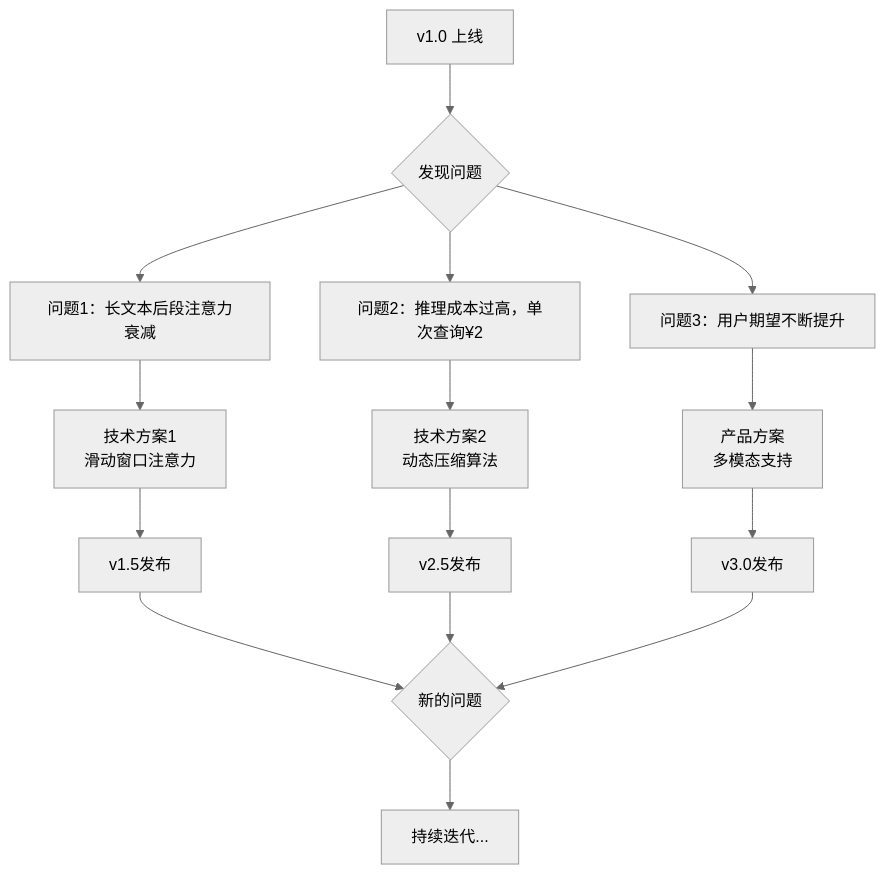
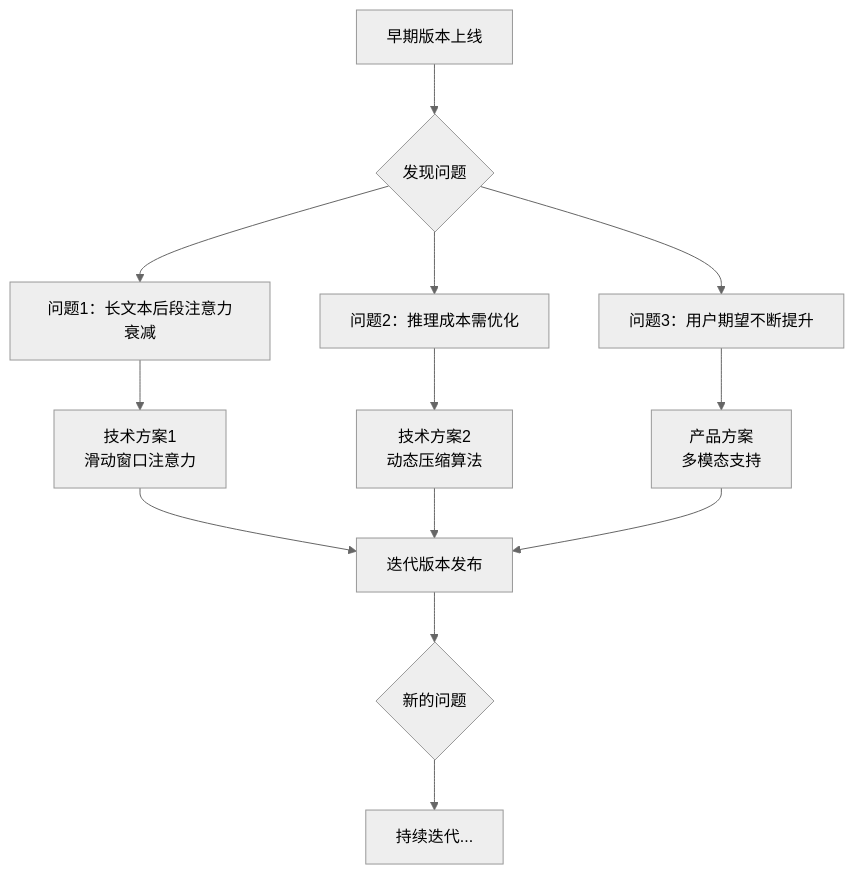
The fourth of 4 diagrams in docs/course-3/module-14/42-ai-product-lifecycle.md (Dong237/learning-on-web-skill), drawn with Mermaid (neutral theme) before and after one commit. The commit also changed other lines of this file and 29 other files, not shown here.

````diff
--- a/docs/course-3/module-14/42-ai-product-lifecycle.md
+++ b/docs/course-3/module-14/42-ai-product-lifecycle.md
@@ -868,21 +858,19 @@
 ```mermaid
 graph TD
-    A[v1.0 上线] --> B{发现问题}
+    A[早期版本上线] --> B{发现问题}
     B --> C[问题1：长文本后段注意力衰减]
-    B --> D[问题2：推理成本过高，单次查询¥2]
+    B --> D[问题2：推理成本需优化]
     B --> E[问题3：用户期望不断提升]
 
     C --> F[技术方案1<br/>滑动窗口注意力]
     D --> G[技术方案2<br/>动态压缩算法]
     E --> H[产品方案<br/>多模态支持]
 
-    F --> I[v1.5发布]
-    G --> J[v2.5发布]
-    H --> K[v3.0发布]
+    F --> I[迭代版本发布]
+    G --> I
+    H --> I
 
     I --> L{新的问题}
-    J --> L
-    K --> L
 
     L --> M[持续迭代...]
 ```
````
